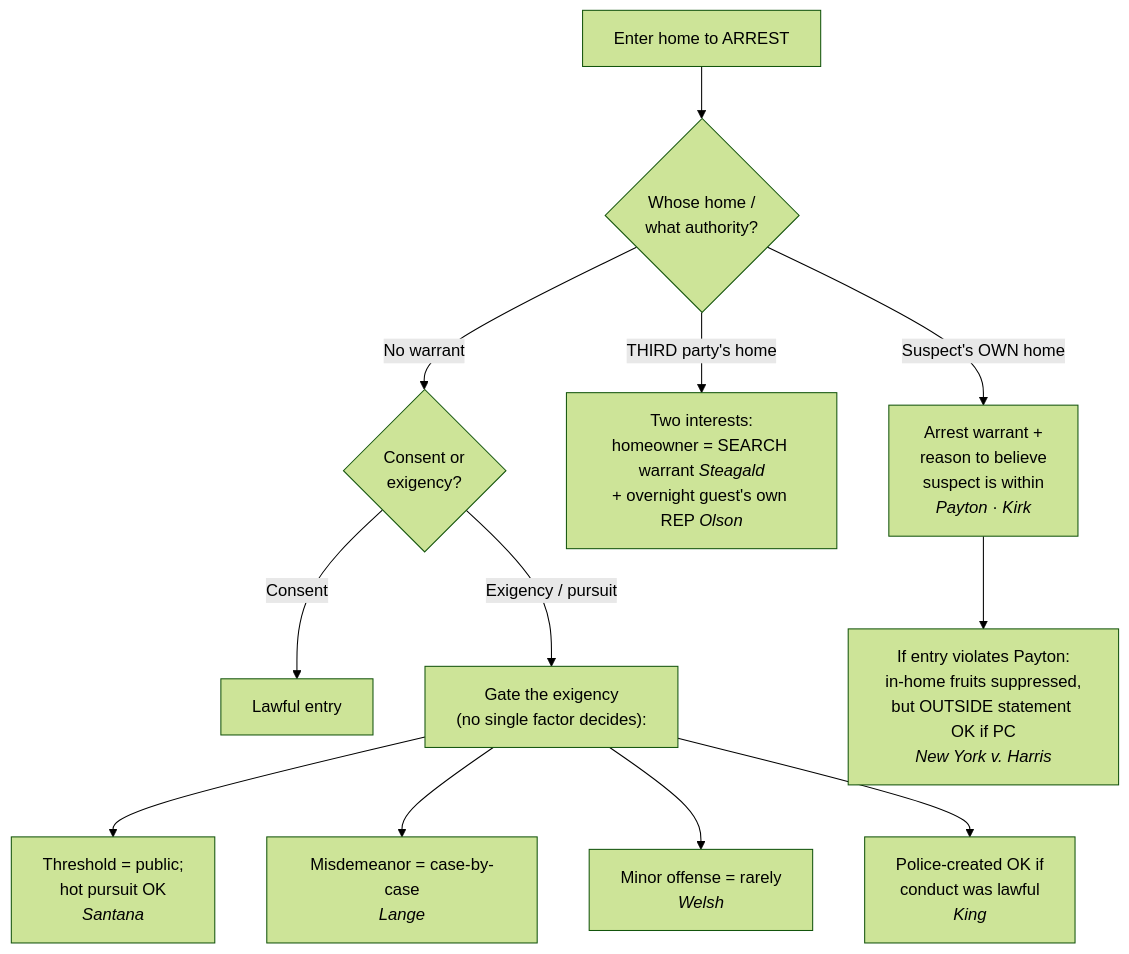
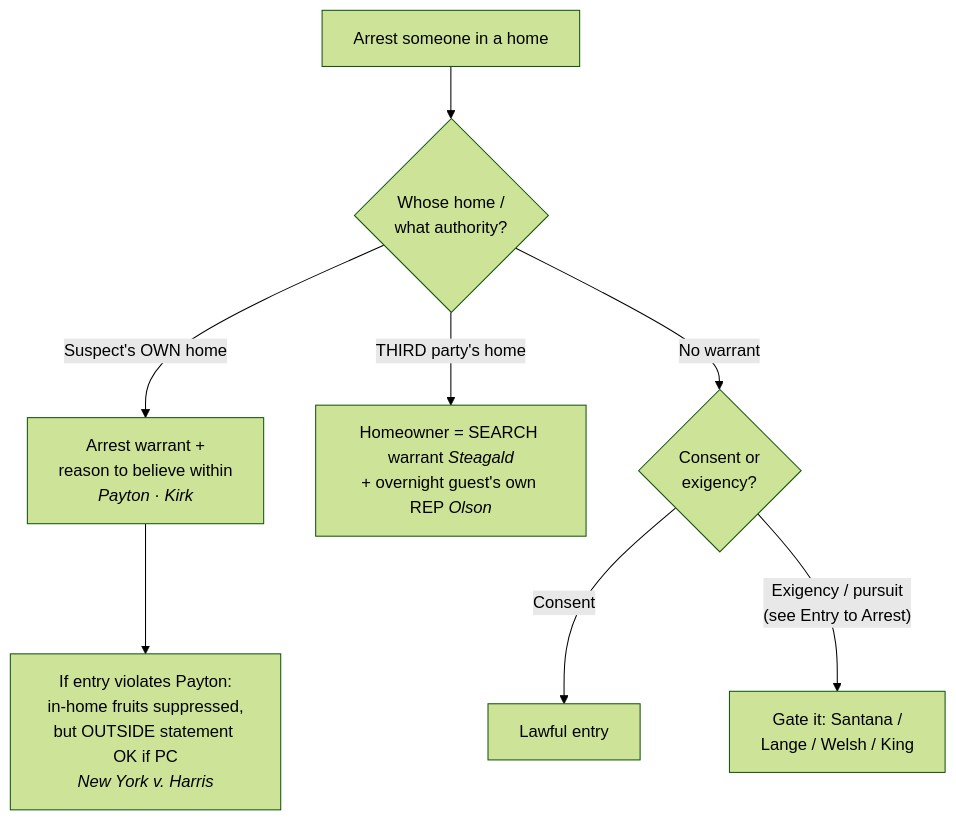
One commit to Enragedsaturday/enragedsaturday.github.io changed the diagram in content/seizures/arrests/Arrest in the Home.md. Above: the diagram before and after it, drawn with Mermaid (forest theme). The commit also changed other lines of this file and 20 other files, not shown here.

````diff
--- a/content/seizures/arrests/Arrest in the Home.md
+++ b/content/seizures/arrests/Arrest in the Home.md
@@ -94,14 +95,10 @@
 ```mermaid
 flowchart TD
-  E["Enter home to ARREST"] --> W{"Whose home /<br/>what authority?"}
-  W -->|"Suspect's OWN home"| P["Arrest warrant +<br/>reason to believe<br/>suspect is within<br/><i>Payton</i> · <i>Kirk</i>"]
-  W -->|"THIRD party's home"| ST["Two interests:<br/>homeowner = SEARCH warrant <i>Steagald</i><br/>+ overnight guest's own REP <i>Olson</i>"]
+  E["Arrest someone in a home"] --> W{"Whose home /<br/>what authority?"}
+  W -->|"Suspect's OWN home"| P["Arrest warrant +<br/>reason to believe within<br/><i>Payton</i> · <i>Kirk</i>"]
+  W -->|"THIRD party's home"| ST["Homeowner = SEARCH warrant <i>Steagald</i><br/>+ overnight guest's own REP <i>Olson</i>"]
   W -->|"No warrant"| X{"Consent or<br/>exigency?"}
   X -->|Consent| OK["Lawful entry"]
-  X -->|"Exigency / pursuit"| G["Gate the exigency<br/>(no single factor decides):"]
-  G --> S["Threshold = public;<br/>hot pursuit OK<br/><i>Santana</i>"]
-  G --> L["Misdemeanor = case-by-case<br/><i>Lange</i>"]
-  G --> WE["Minor offense = rarely<br/><i>Welsh</i>"]
-  G --> K["Police-created OK if<br/>conduct was lawful<br/><i>King</i>"]
+  X -->|"Exigency / pursuit<br/>(see Entry to Arrest)"| G["Gate it: Santana /<br/>Lange / Welsh / King"]
   P --> R["If entry violates Payton:<br/>in-home fruits suppressed,<br/>but OUTSIDE statement OK if PC<br/><i>New York v. Harris</i>"]
 ```
````
